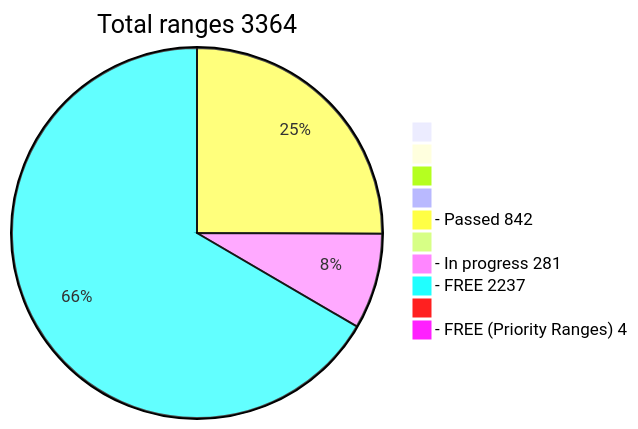
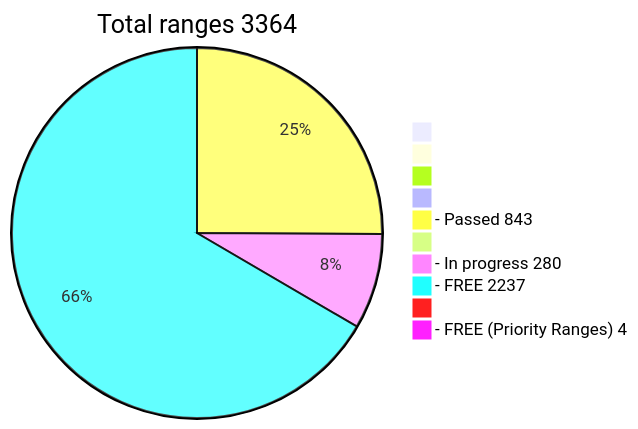
The diagram in README.md (phrutis/wif500), drawn with Mermaid before and after one commit.

````diff
--- a/README.md
+++ b/README.md
@@ -16,13 +16,13 @@
 ```mermaid
 pie title Total ranges 3364
              " " : 0
             "  " : 0
            "   " : 0
           "    " : 0
-  "- Passed 842" : 842
+  "- Passed 843" : 843
          "     " : 0
-  "- In progress 281" : 281
+  "- In progress 280" : 280
    "- FREE 2237" : 2237
         "      " : 0
   "- FREE (Priority Ranges) 4" : 4
 ```
````
